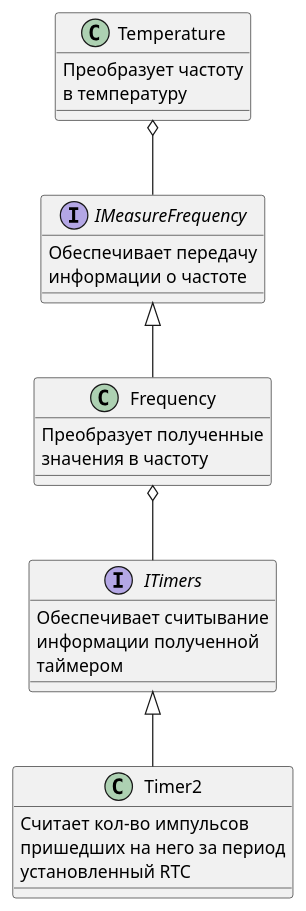
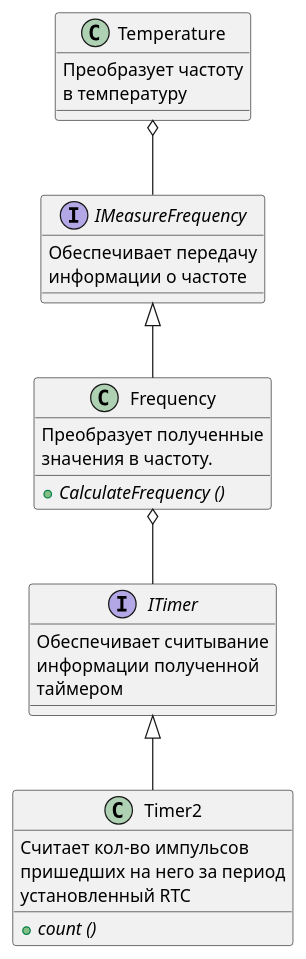
Before and after one commit to Luda-Seliv-KE-413/Kursovoy: the diagram in DOC/PodDiagram.puml, drawn with PlantUML. The commit also changed 2 other files, not shown here.

```diff
--- a/DOC/PodDiagram.puml
+++ b/DOC/PodDiagram.puml
@@ -1,36 +1,40 @@
 @startuml Frequency 
 
 interface IMeasureFrequency
 {
     Обеспечивает передачу 
     информации о частоте 
 }
 class Frequency
 {
     Преобразует полученные
-    значения в частоту
+    значения в частоту.
+
+     + {abstract} CalculateFrequency ()
 }
-interface ITimers
+interface ITimer
 {
     Обеспечивает считывание
     информации полученной
     таймером
 }
 class Timer2
 {
     Считает кол-во импульсов
     пришедших на него за период 
     установленный RTC
+
+    + {abstract} count ()
 }
 class Temperature
 {
     Преобразует частоту
     в температуру
 }
 
-ITimers -up-o Frequency
-Timer2 -up-|> ITimers
+ITimer -up-o Frequency
+Timer2 -up-|> ITimer
 Frequency -up-|> IMeasureFrequency
 IMeasureFrequency -up-o Temperature
 
 @enduml
```
